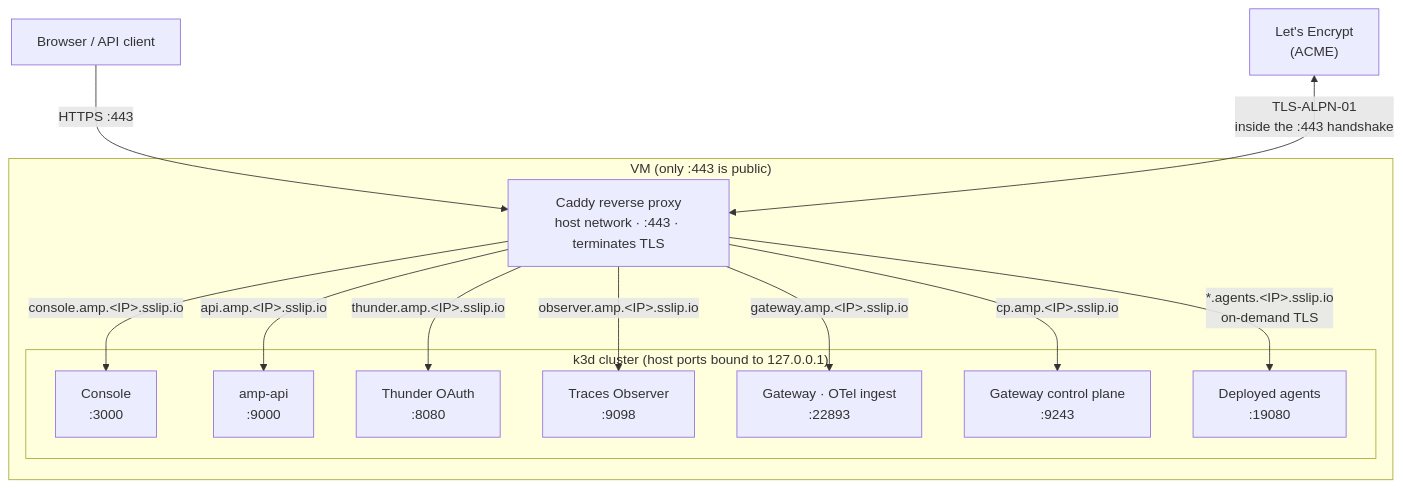
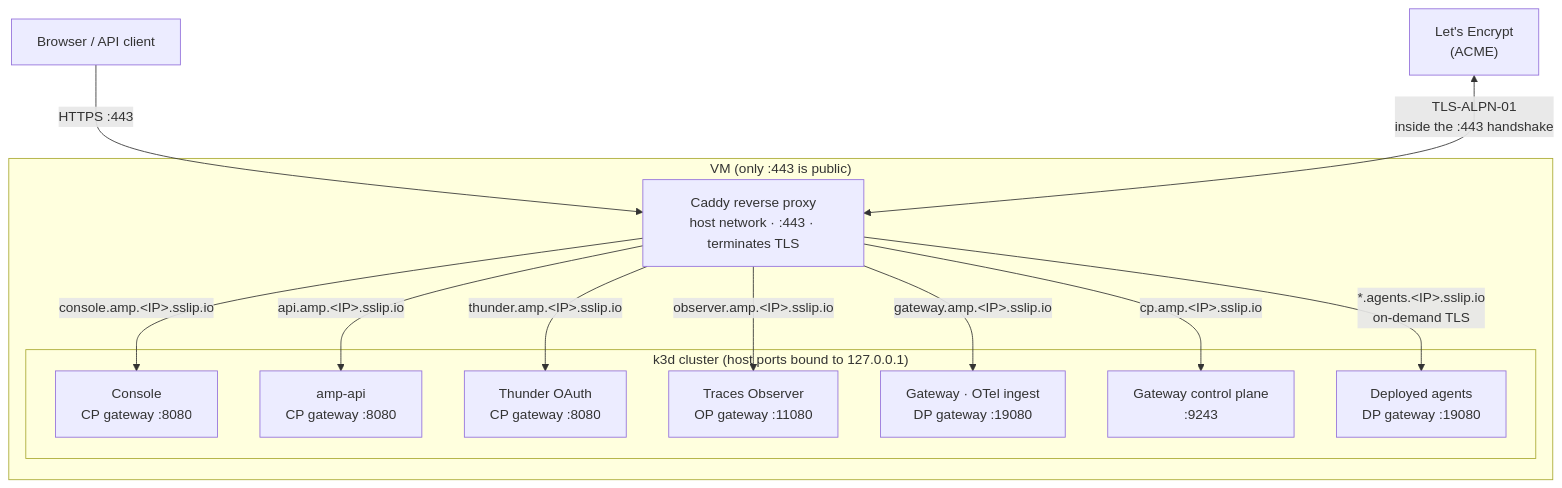
One commit to IsuruVithanage/docs-agent-platform changed the first of 2 diagrams in docs/getting-started/on-a-vm.mdx. Above: the diagram before and after it, drawn with Mermaid. The commit also changed other lines of this file and 12 other files, not shown here.

````diff
--- a/docs/getting-started/on-a-vm.mdx
+++ b/docs/getting-started/on-a-vm.mdx
@@ -73,29 +73,29 @@
 ```mermaid
 flowchart TB
     browser["Browser / API client"]
     le["Let's Encrypt<br/>(ACME)"]
 
     subgraph vm["VM (only :443 is public)"]
         caddy["Caddy reverse proxy<br/>host network · :443 · terminates TLS"]
 
         subgraph k3d["k3d cluster (host ports bound to 127.0.0.1)"]
-            console["Console<br/>:3000"]
-            api["amp-api<br/>:9000"]
-            thunder["Thunder OAuth<br/>:8080"]
-            observer["Traces Observer<br/>:9098"]
-            gw["Gateway · OTel ingest<br/>:22893"]
+            console["Console<br/>CP gateway :8080"]
+            api["amp-api<br/>CP gateway :8080"]
+            thunder["Thunder OAuth<br/>CP gateway :8080"]
+            observer["Traces Observer<br/>OP gateway :11080"]
+            gw["Gateway · OTel ingest<br/>DP gateway :19080"]
             cp["Gateway control plane<br/>:9243"]
-            agents["Deployed agents<br/>:19080"]
+            agents["Deployed agents<br/>DP gateway :19080"]
         end
     end
 
     browser -->|"HTTPS :443"| caddy
     le <-->|"TLS-ALPN-01<br/>inside the :443 handshake"| caddy
     caddy -->|"console.amp.&lt;IP&gt;.sslip.io"| console
     caddy -->|"api.amp.&lt;IP&gt;.sslip.io"| api
     caddy -->|"thunder.amp.&lt;IP&gt;.sslip.io"| thunder
     caddy -->|"observer.amp.&lt;IP&gt;.sslip.io"| observer
     caddy -->|"gateway.amp.&lt;IP&gt;.sslip.io"| gw
     caddy -->|"cp.amp.&lt;IP&gt;.sslip.io"| cp
     caddy -->|"*.agents.&lt;IP&gt;.sslip.io<br/>on-demand TLS"| agents
 ```
````
